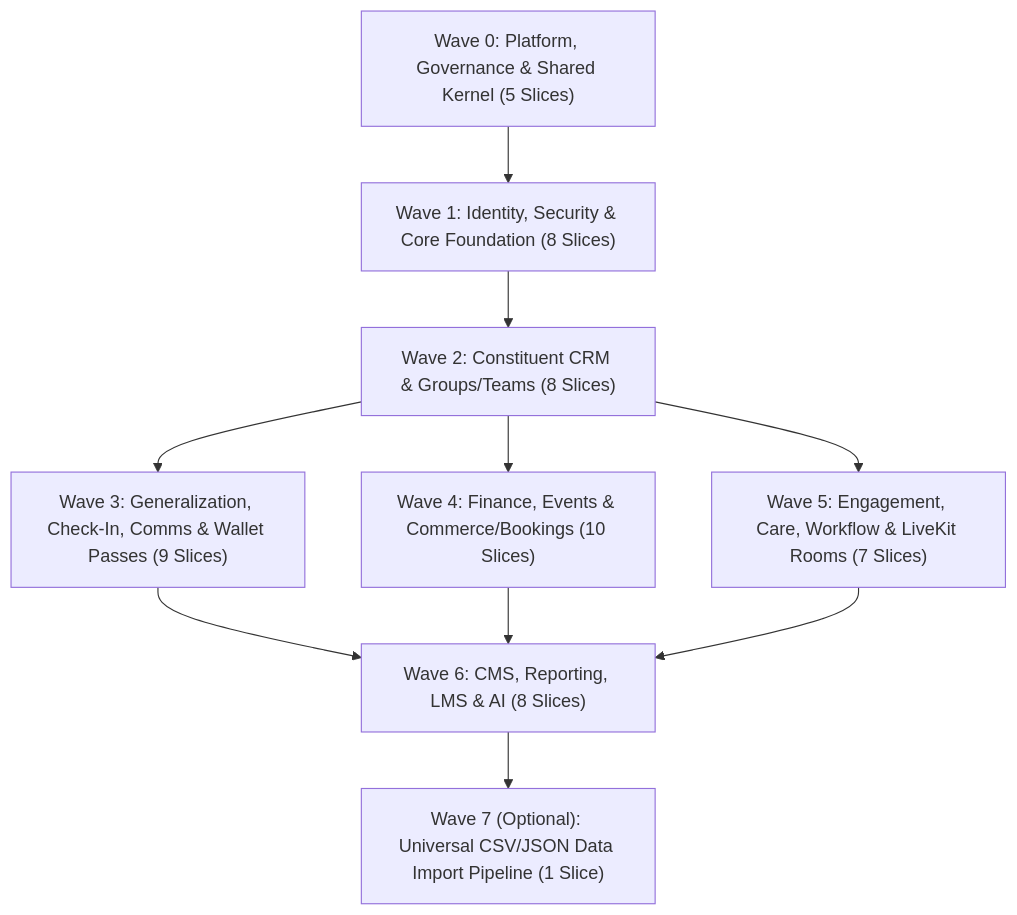
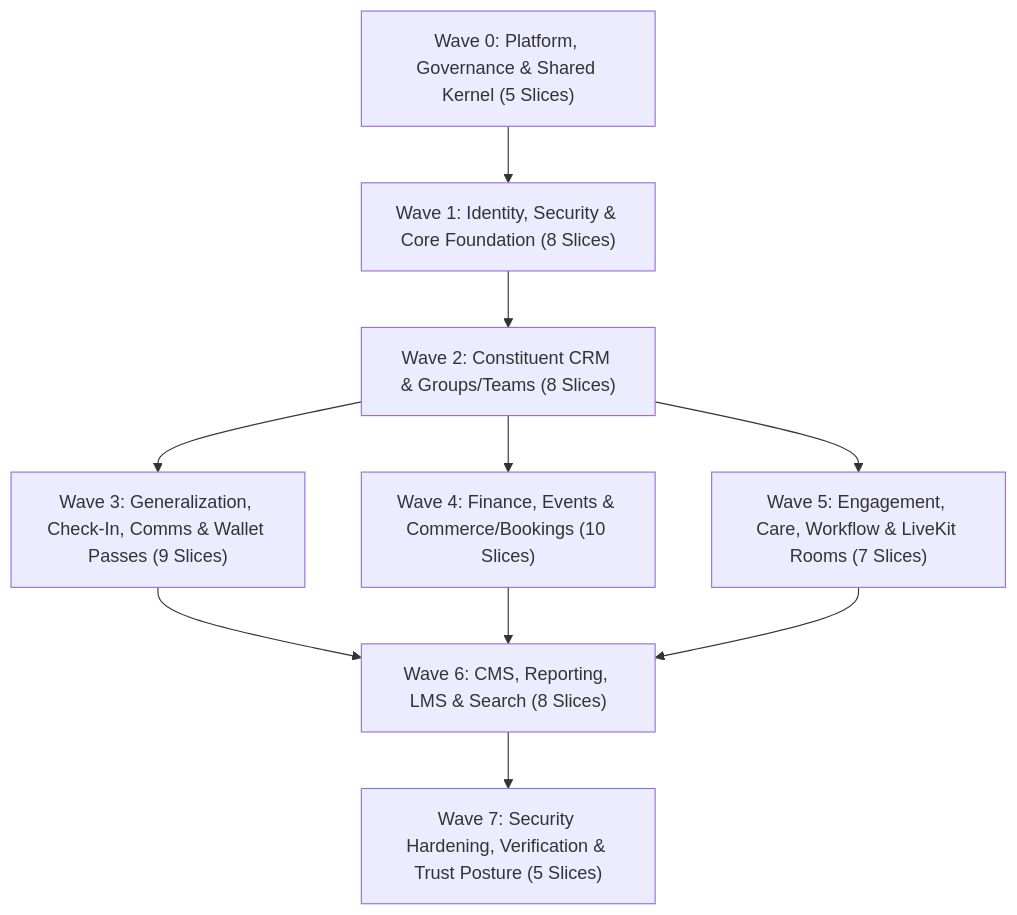
The second of 2 diagrams in docs/IMPLEMENTATION_PLAN.md (reginald-chapple/Ruth), drawn with Mermaid before and after one commit. The commit also changed other lines of this file and 204 other files, not shown here.

````diff
--- a/docs/IMPLEMENTATION_PLAN.md
+++ b/docs/IMPLEMENTATION_PLAN.md
@@ -137,12 +149,12 @@
 ```mermaid
 flowchart TD
     W0["Wave 0: Platform, Governance & Shared Kernel (5 Slices)"] --> W1["Wave 1: Identity, Security & Core Foundation (8 Slices)"]
     W1 --> W2["Wave 2: Constituent CRM & Groups/Teams (8 Slices)"]
     W2 --> W3["Wave 3: Generalization, Check-In, Comms & Wallet Passes (9 Slices)"]
     W2 --> W4["Wave 4: Finance, Events & Commerce/Bookings (10 Slices)"]
     W2 --> W5["Wave 5: Engagement, Care, Workflow & LiveKit Rooms (7 Slices)"]
-    W3 --> W6["Wave 6: CMS, Reporting, LMS & AI (8 Slices)"]
+    W3 --> W6["Wave 6: CMS, Reporting, LMS & Search (8 Slices)"]
     W4 --> W6
     W5 --> W6
-    W6 --> W7["Wave 7 (Optional): Universal CSV/JSON Data Import Pipeline (1 Slice)"]
+    W6 --> W7["Wave 7: Security Hardening, Verification & Trust Posture (5 Slices)"]
 ```
````
